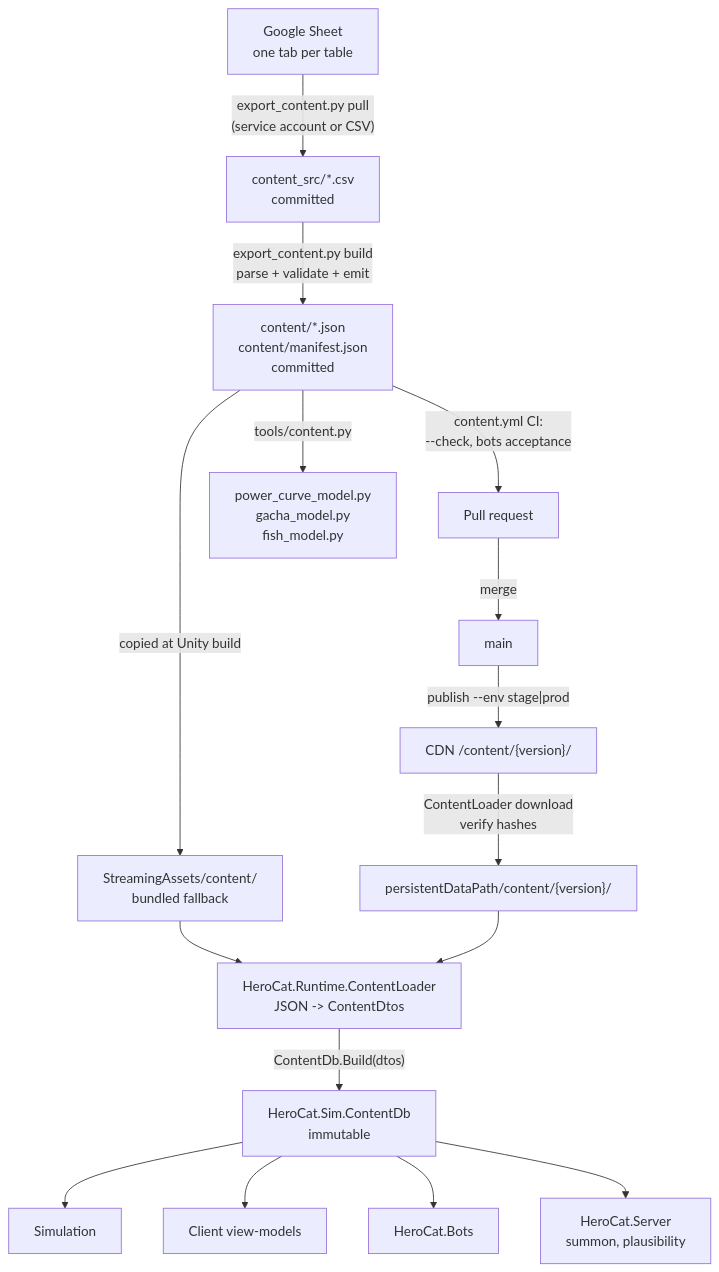
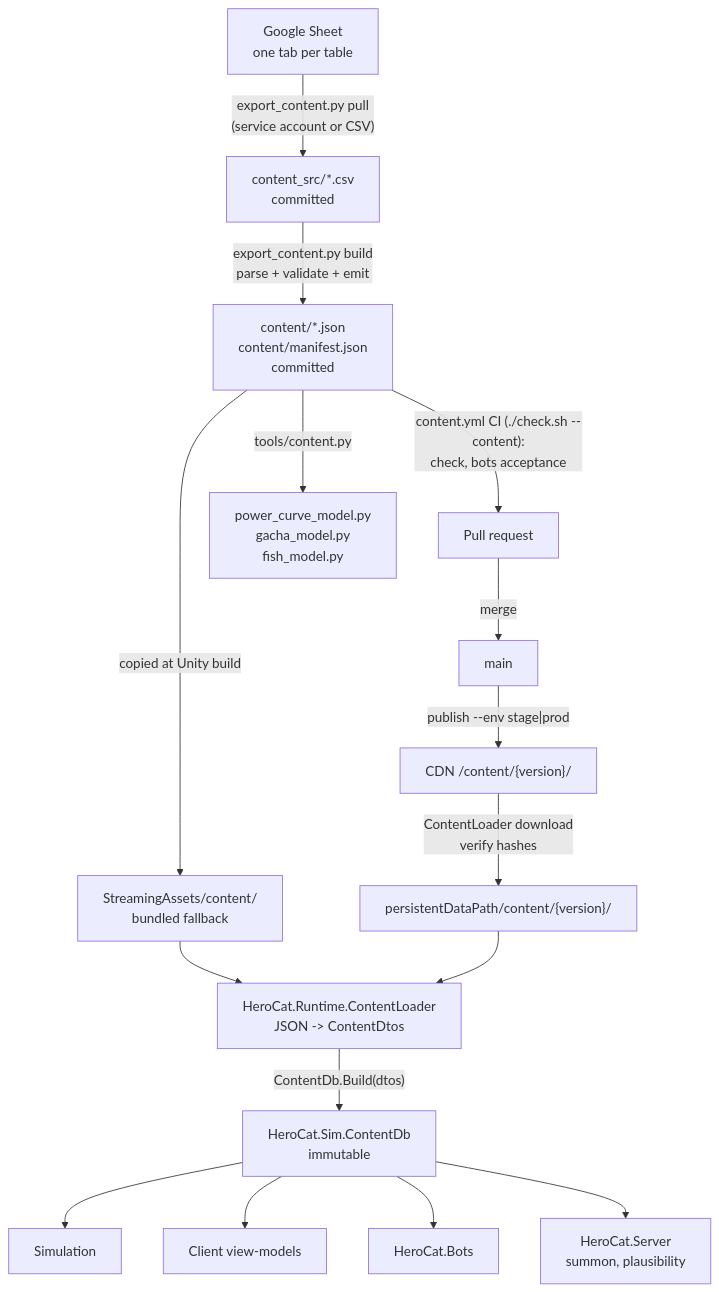
Before and after one commit to kjew2/herocat: the first of 2 diagrams in specs/09-content-data-pipeline.md, drawn with Mermaid. The commit also changed other lines of this file and 9 other files, not shown here.

````diff
--- a/specs/09-content-data-pipeline.md
+++ b/specs/09-content-data-pipeline.md
@@ -20,18 +20,18 @@
 ```mermaid
 flowchart TD
     Sheet["Google Sheet<br/>one tab per table"] -->|"export_content.py pull<br/>(service account or CSV)"| CSV["content_src/*.csv<br/>committed"]
     CSV -->|"export_content.py build<br/>parse + validate + emit"| JSON["content/*.json<br/>content/manifest.json<br/>committed"]
-    JSON -->|"content.yml CI:<br/>--check, bots acceptance"| PR["Pull request"]
+    JSON -->|"content.yml CI (./check.sh --content):<br/>check, bots acceptance"| PR["Pull request"]
     PR -->|"merge"| Main["main"]
     Main -->|"publish --env stage|prod"| CDN["CDN /content/{version}/"]
     JSON -->|"copied at Unity build"| SA["StreamingAssets/content/<br/>bundled fallback"]
     CDN -->|"ContentLoader download<br/>verify hashes"| Cache["persistentDataPath/content/{version}/"]
     SA --> Loader["HeroCat.Runtime.ContentLoader<br/>JSON -> ContentDtos"]
     Cache --> Loader
     Loader -->|"ContentDb.Build(dtos)"| DB["HeroCat.Sim.ContentDb<br/>immutable"]
     DB --> Sim["Simulation"]
     DB --> VM["Client view-models"]
     DB --> Bots["HeroCat.Bots"]
     DB --> Server["HeroCat.Server<br/>summon, plausibility"]
     JSON -->|"tools/content.py"| Py["power_curve_model.py<br/>gacha_model.py<br/>fish_model.py"]
 ```
````
